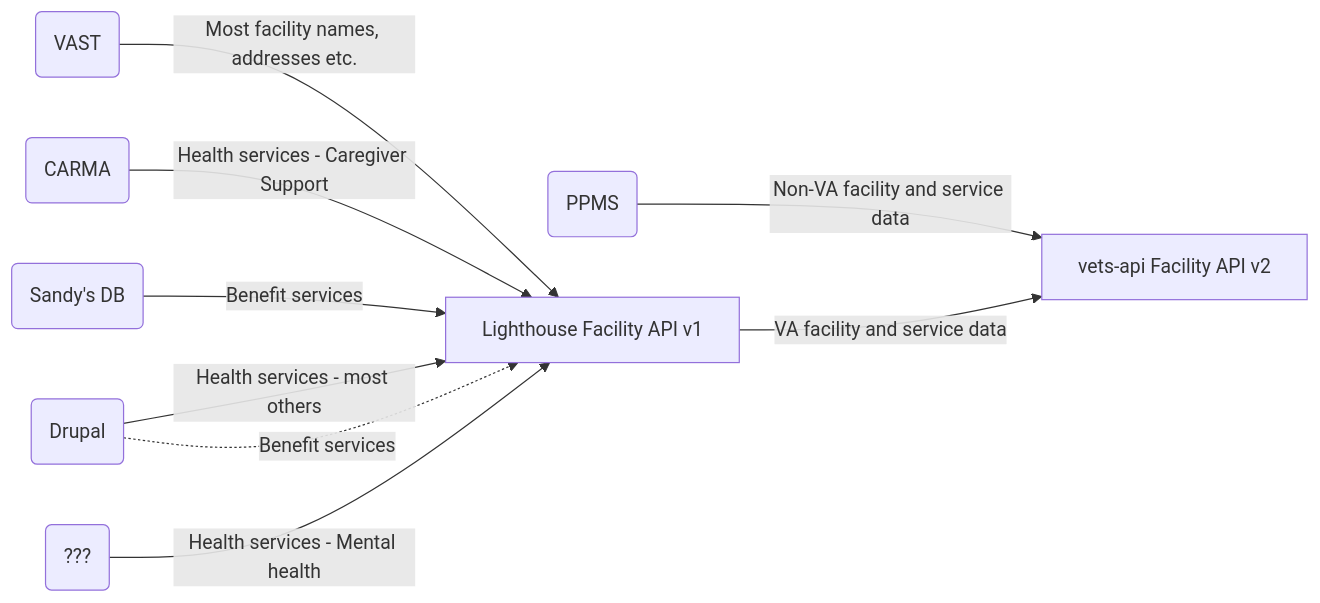
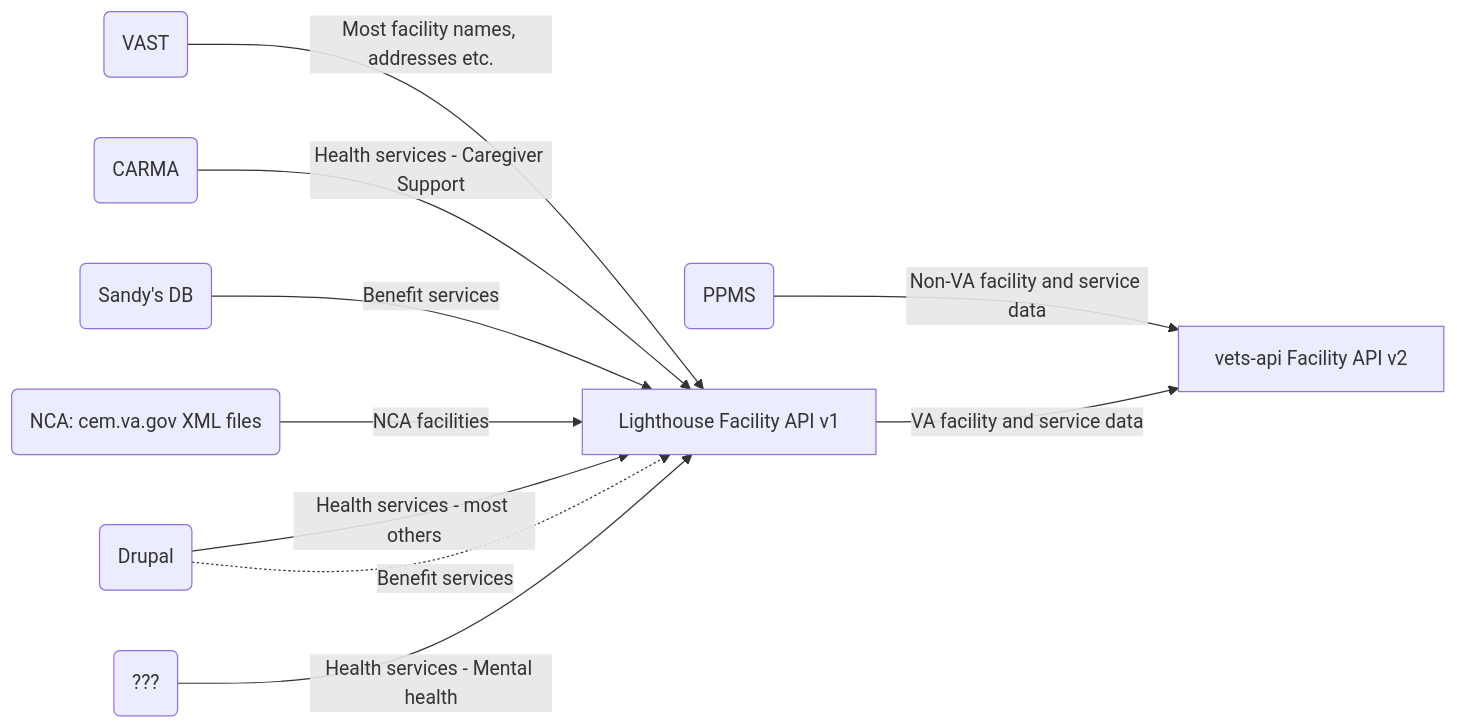
Before and after one commit to department-of-veterans-affairs/va.gov-team: the second of 2 diagrams in products/facilities/facilities-api/README.md, drawn with Mermaid. The commit also changed other lines of this file, not shown here.

````diff
--- a/products/facilities/facilities-api/README.md
+++ b/products/facilities/facilities-api/README.md
@@ -32,12 +33,13 @@
 ```mermaid
 flowchart LR
     O(VAST) -->|Most facility names, addresses etc.| W
     P(CARMA) --> |Health services - Caregiver Support| W
     S(Sandy's DB)-->|Benefit services| W
+    M(NCA: cem.va.gov XML files) --> |NCA facilities | W
     U(PPMS) -->|Non-VA facility and service data| Y
     T(Drupal) -->|Health services - most others| W
     T -.->|Benefit services| W
     Q(???) -->|Health services - Mental health| W 
     W[Lighthouse Facility API v1] -->|VA facility and service data| Y
     Y[vets-api Facility API v2]
 ```
````
